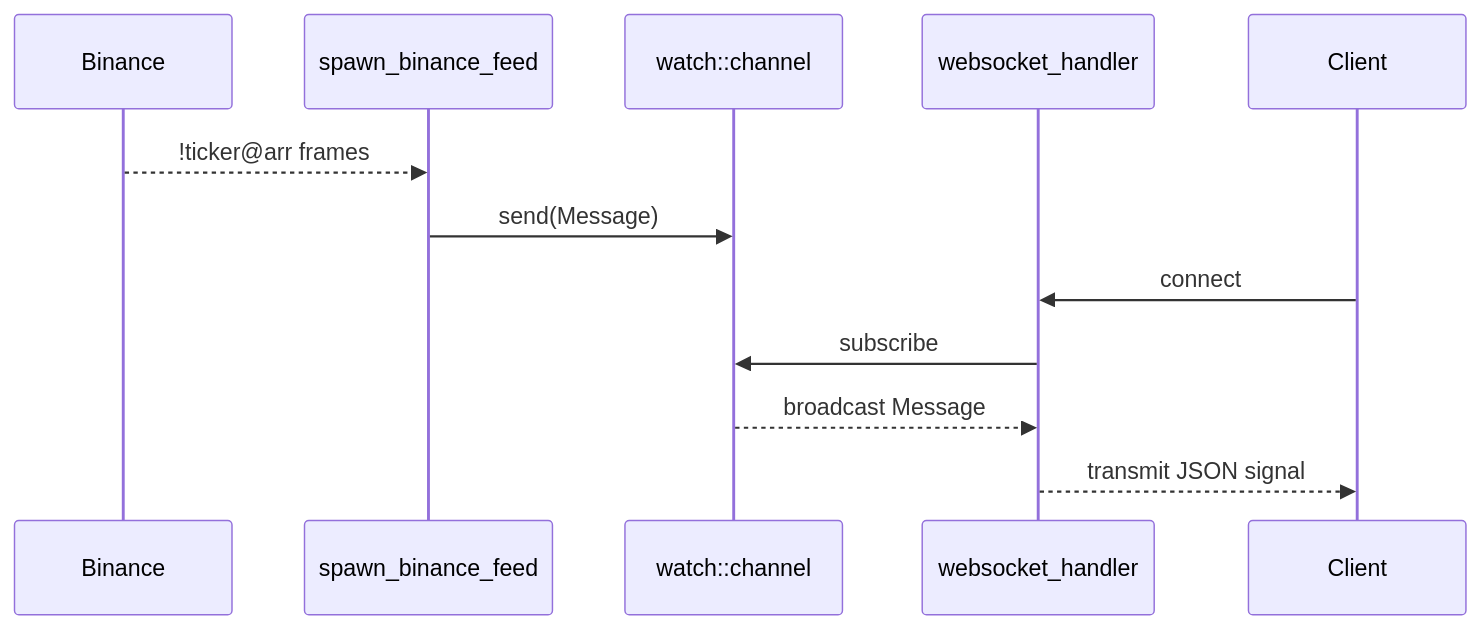
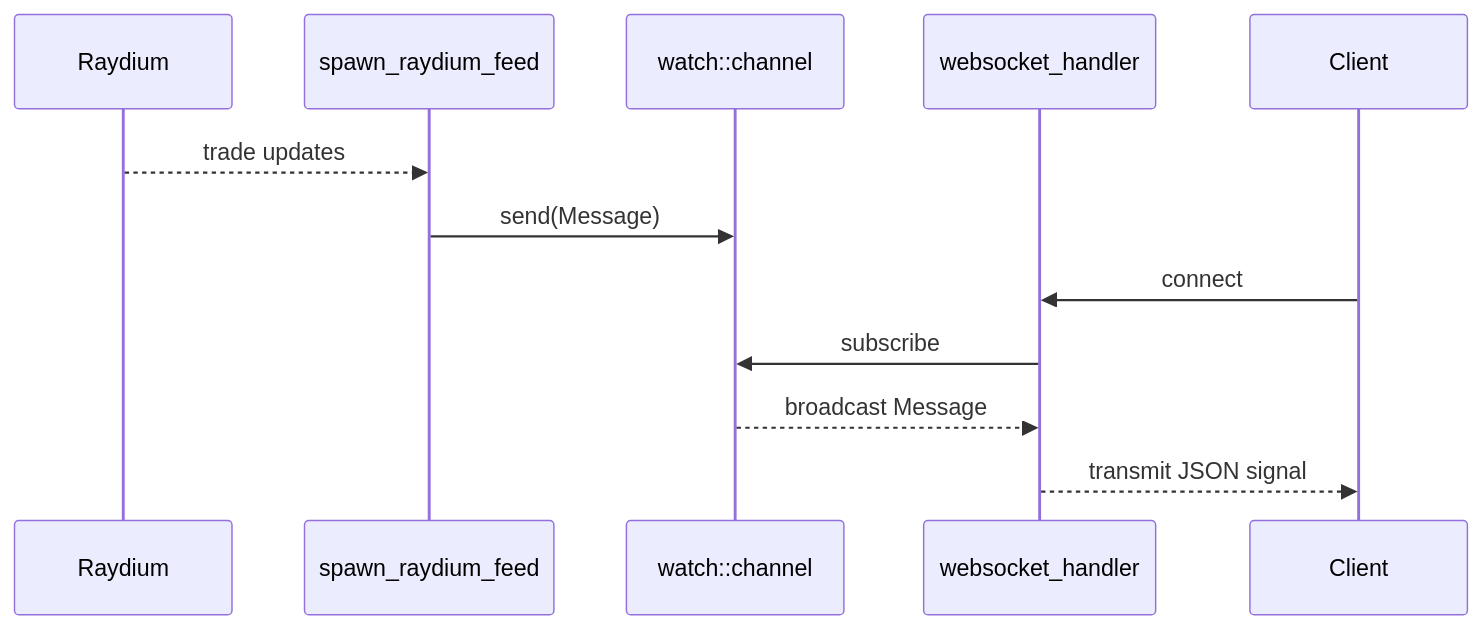
One commit to nicolad/crypto-scanner-agent changed the third of 3 diagrams in README.md. Above: the diagram before and after it, drawn with Mermaid. The commit also changed other lines of this file and 2 other files, not shown here.

Commit message:
Switch feed from Binance to Raydium

````diff
--- a/README.md
+++ b/README.md
@@ -31,15 +31,15 @@
 ```mermaid
 sequenceDiagram
-    participant Binance
-    participant Feeder as spawn_binance_feed
+    participant Raydium
+    participant Feeder as spawn_raydium_feed
     participant Watch as watch::channel
     participant Handler as websocket_handler
     participant Client
 
-    Binance-->>Feeder: !ticker@arr frames
+    Raydium-->>Feeder: trade updates
     Feeder->>Watch: send(Message)
     Client->>Handler: connect
     Handler->>Watch: subscribe
     Watch-->>Handler: broadcast Message
     Handler-->>Client: transmit JSON signal
 ```
````
